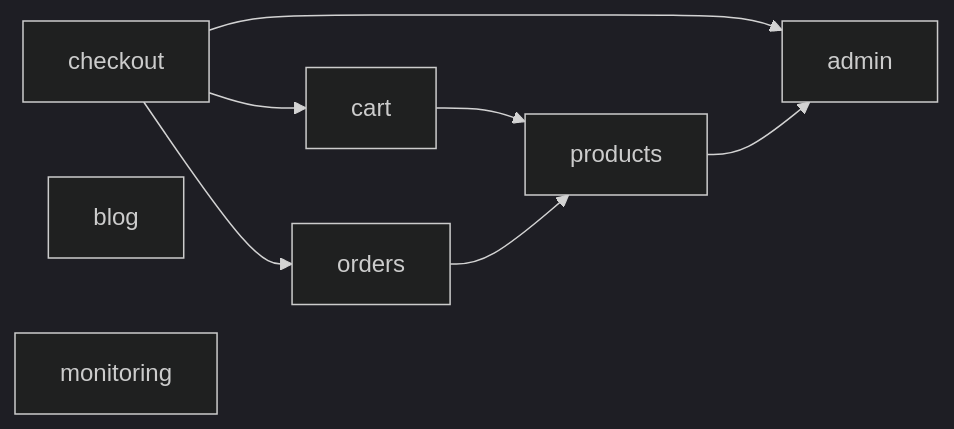
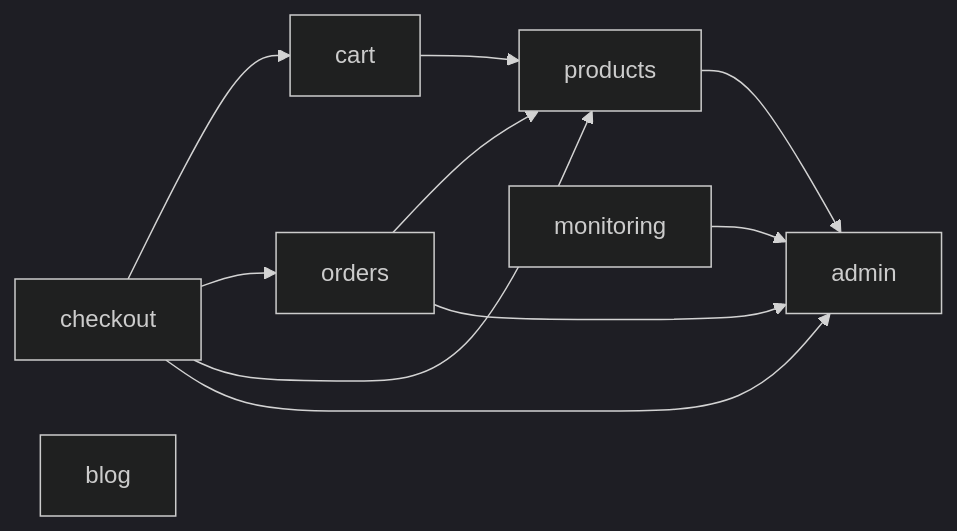
One commit to chinhpham208/next-store changed the second of 6 diagrams in docs/architecture.md. Above: the diagram before and after it, drawn with Mermaid (dark theme). The commit also changed other lines of this file and 7 other files, not shown here.

````diff
--- a/docs/architecture.md
+++ b/docs/architecture.md
@@ -42,12 +42,14 @@
 ```mermaid
 flowchart LR
   products
   cart --> products
   checkout --> cart
   checkout --> orders
+  checkout --> products
   checkout --> admin
   orders --> products
+  orders --> admin
   products --> admin
   blog
-  monitoring
+  monitoring --> admin
 ```
````
